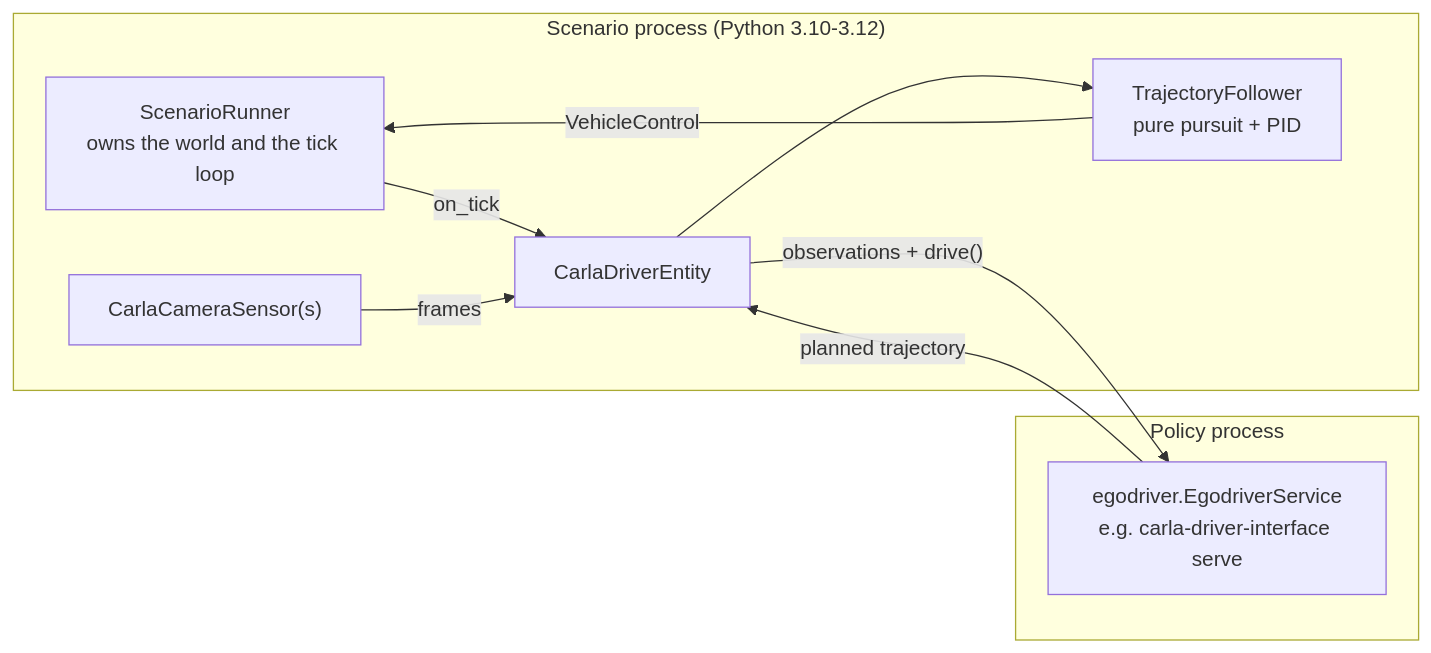
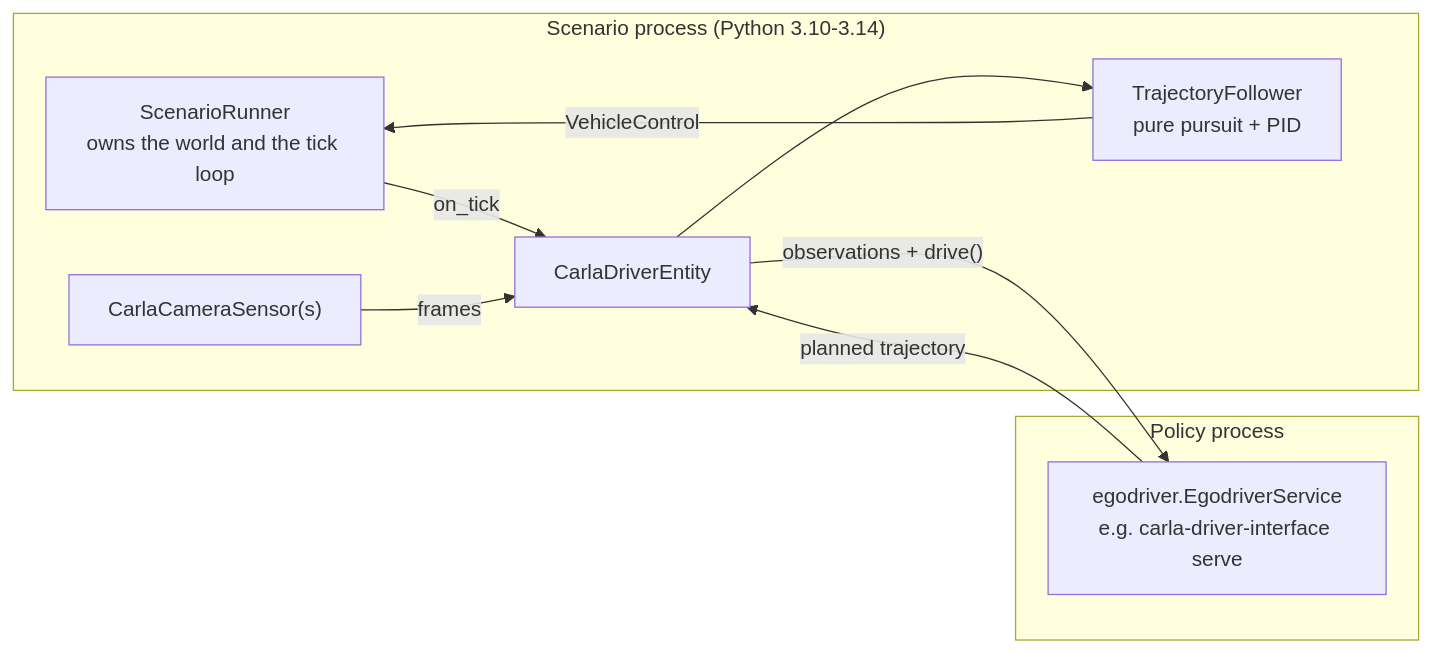
Before and after one commit to autowarefoundation/autoware_carla_scenario: the diagram in autoware_carla_scenario/docs/driver_interface.md, drawn with Mermaid. The commit also changed 17 other files, not shown here.

````diff
--- a/autoware_carla_scenario/docs/driver_interface.md
+++ b/autoware_carla_scenario/docs/driver_interface.md
@@ -17,20 +17,20 @@
 ```mermaid
 flowchart LR
-    subgraph scenario["Scenario process (Python 3.10-3.12)"]
+    subgraph scenario["Scenario process (Python 3.10-3.14)"]
         SR["ScenarioRunner<br/>owns the world and the tick loop"]
         CDE["CarlaDriverEntity"]
         CAM["CarlaCameraSensor(s)"]
         TF["TrajectoryFollower<br/>pure pursuit + PID"]
         SR -->|on_tick| CDE
         CAM -->|frames| CDE
         CDE --> TF
         TF -->|VehicleControl| SR
     end
 
     subgraph policy["Policy process"]
         P["egodriver.EgodriverService<br/>e.g. carla-driver-interface serve"]
     end
 
     CDE -->|"observations + drive()"| P
     P -->|"planned trajectory"| CDE
 ```
````
